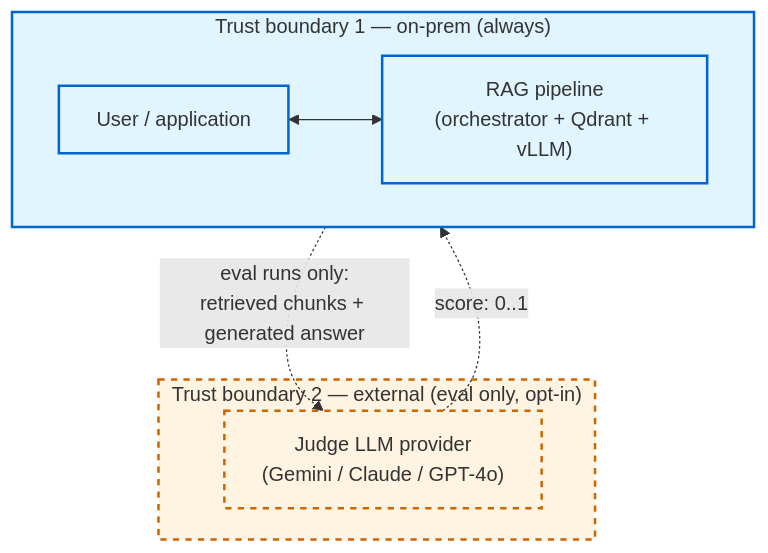
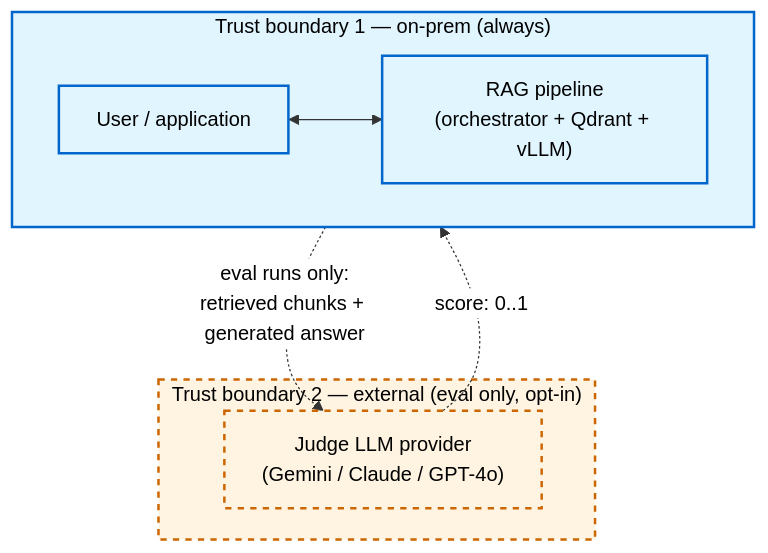
Before and after one commit to teleoric/rag-poc: the fourth of 6 diagrams in docs/architecture.md, drawn with Mermaid. The commit also changed other lines of this file and 2 other files, not shown here.

First line of the commit message:
Force readable text on Mermaid diagrams under GitHub dark mode

````diff
--- a/docs/architecture.md
+++ b/docs/architecture.md
@@ -135,21 +138,22 @@
 ```mermaid
+%%{init: {'theme':'base','themeVariables':{'primaryColor':'#ffffff','primaryTextColor':'#000000','primaryBorderColor':'#333333','lineColor':'#333333','textColor':'#000000','clusterBkg':'#f7f7f7','clusterBorder':'#666666'}}}%%
 flowchart TB
     subgraph tb1["Trust boundary 1 — on-prem (always)"]
         direction LR
         user["User / application"]
         rag["RAG pipeline<br/>(orchestrator + Qdrant + vLLM)"]
         user <--> rag
     end
 
     subgraph tb2["Trust boundary 2 — external (eval only, opt-in)"]
         judge["Judge LLM provider<br/>(Gemini / Claude / GPT-4o)"]
     end
 
     rag -.->|"eval runs only:<br/>retrieved chunks + generated answer"| judge
     judge -.->|"score: 0..1"| rag
 
-    classDef onprem fill:#e1f5ff,stroke:#0066cc,stroke-width:2px
-    classDef offprem fill:#fff4e1,stroke:#cc6600,stroke-width:2px,stroke-dasharray: 5 5
+    classDef onprem fill:#e1f5ff,stroke:#0066cc,stroke-width:2px,color:#000000
+    classDef offprem fill:#fff4e1,stroke:#cc6600,stroke-width:2px,stroke-dasharray: 5 5,color:#000000
     class tb1,user,rag onprem
     class tb2,judge offprem
 ```
````
